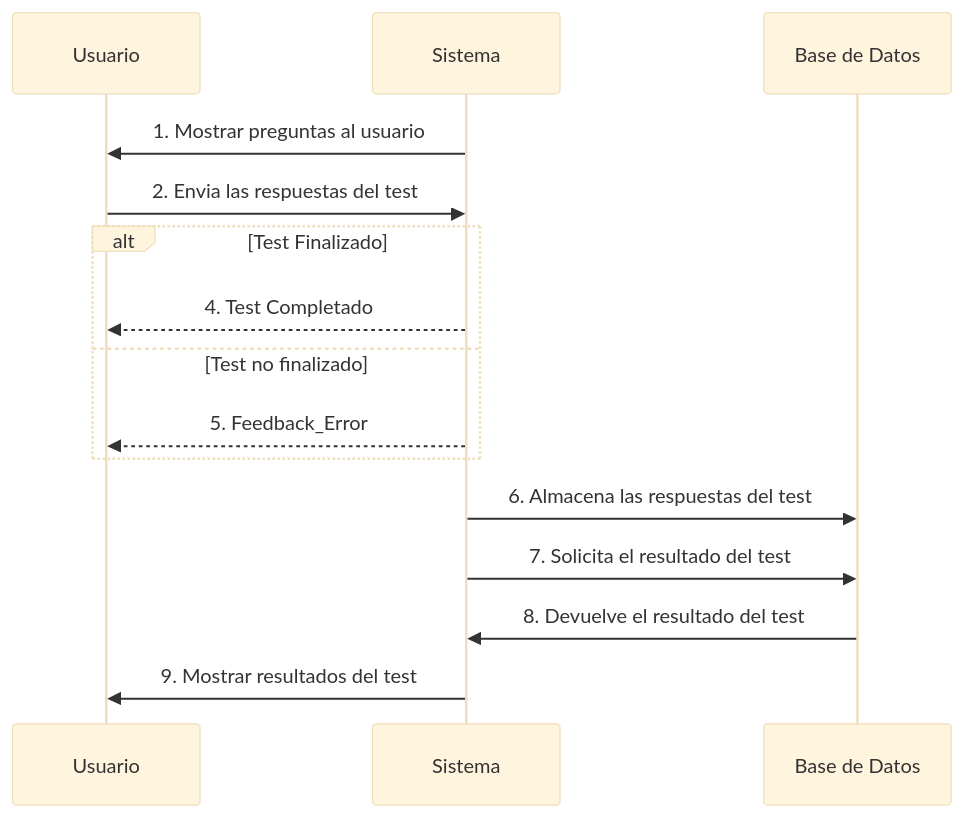
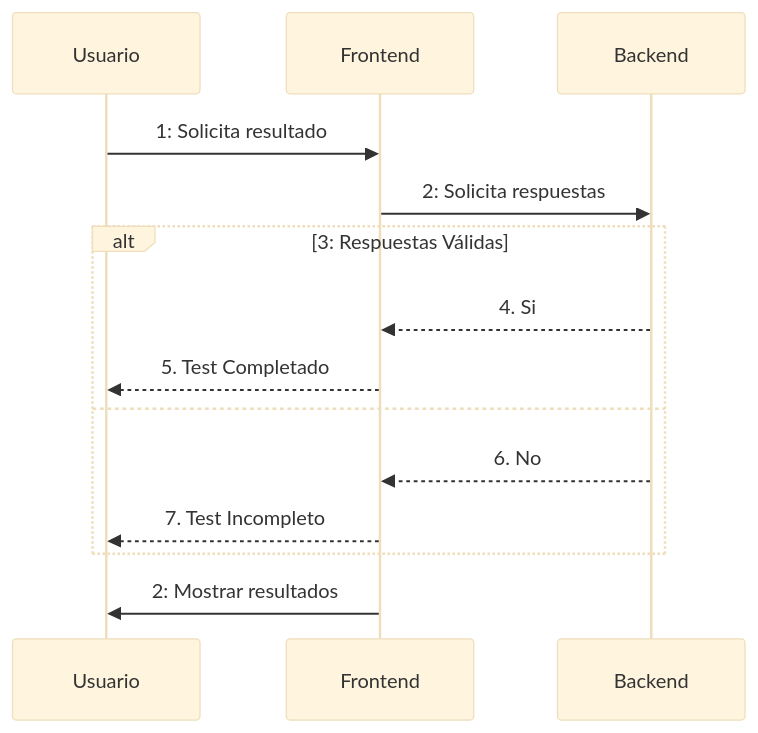
The seventh of 7 diagrams in Documetacion/Practica1.md (Zerouwur/ArquitecturaDeDisenoDeSotware), drawn with Mermaid (base theme) before and after one commit. The commit also changed other lines of this file, not shown here.

Commit message:
correccion ortrografica yb diagrama de Mostar resultados

````diff
--- a/Documetacion/Practica1.md
+++ b/Documetacion/Practica1.md
@@ -263,23 +260,21 @@
 ```mermaid
 sequenceDiagram
+    participant Usuario
+    participant Frontend
+    participant Backend
 
-    participant Usuario
-    participant Sistema 
-    participant Base de Datos
+    Usuario->>Frontend: 1: Solicita resultado
+    Frontend->>Backend: 2: Solicita respuestas
 
-    Sistema->>Usuario: 1. Mostrar preguntas al usuario
-    Usuario->>Sistema: 2. Envia las respuestas del test
-     
-    alt Test Finalizado
-        Sistema-->>Usuario: 4. Test Completado
-    else Test no finalizado
-        Sistema-->>Usuario: 5. Feedback_Error
-    end
+alt 3: Respuestas Válidas
+    Backend-->>Frontend: 4. Si
+    Frontend-->>Usuario: 5. Test Completado
 
-    Sistema->>Base de Datos: 6. Almacena las respuestas del test
-    Sistema->>Base de Datos: 7. Solicita el resultado del test
-    Base de Datos->>Sistema: 8. Devuelve el resultado del test
-    Sistema->>Usuario: 9. Mostrar resultados del test
-    
-    
+else 
+    Backend-->>Frontend: 6. No
+    Frontend-->>Usuario: 7. Test Incompleto
+end
+
+Frontend->>Usuario: 2: Mostrar resultados
+
 ```
````
